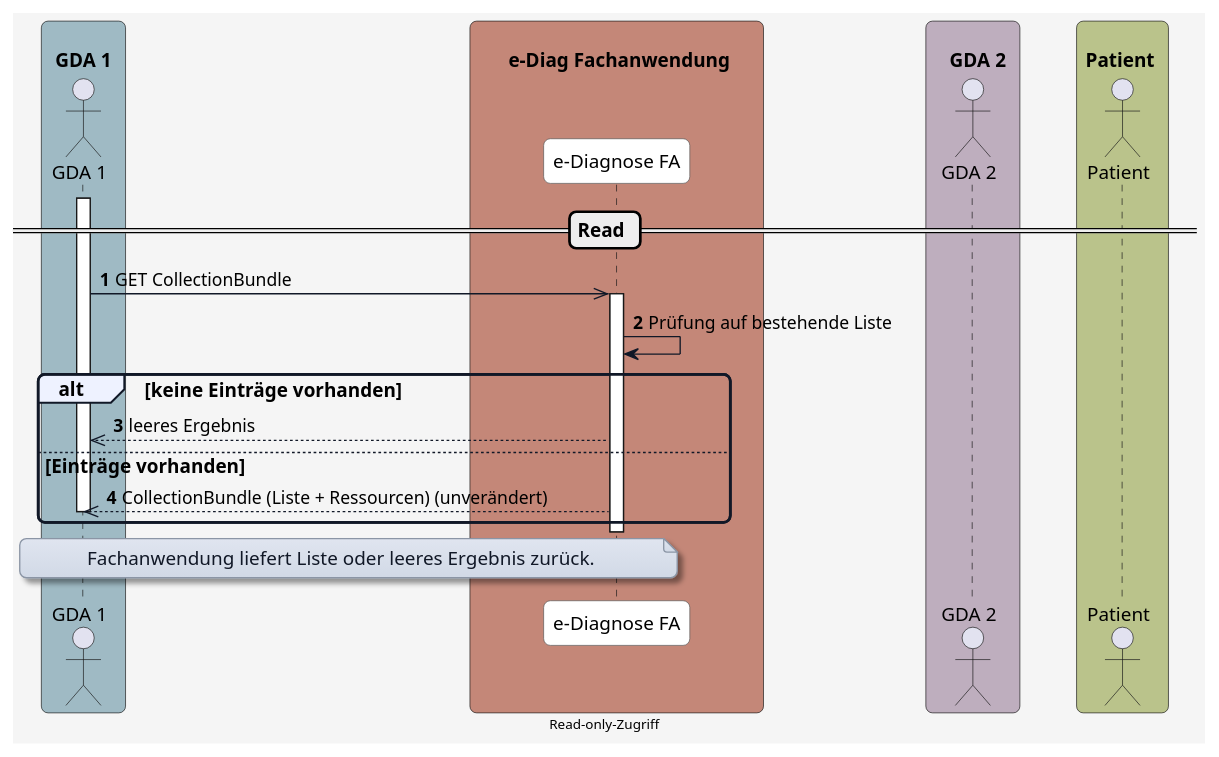
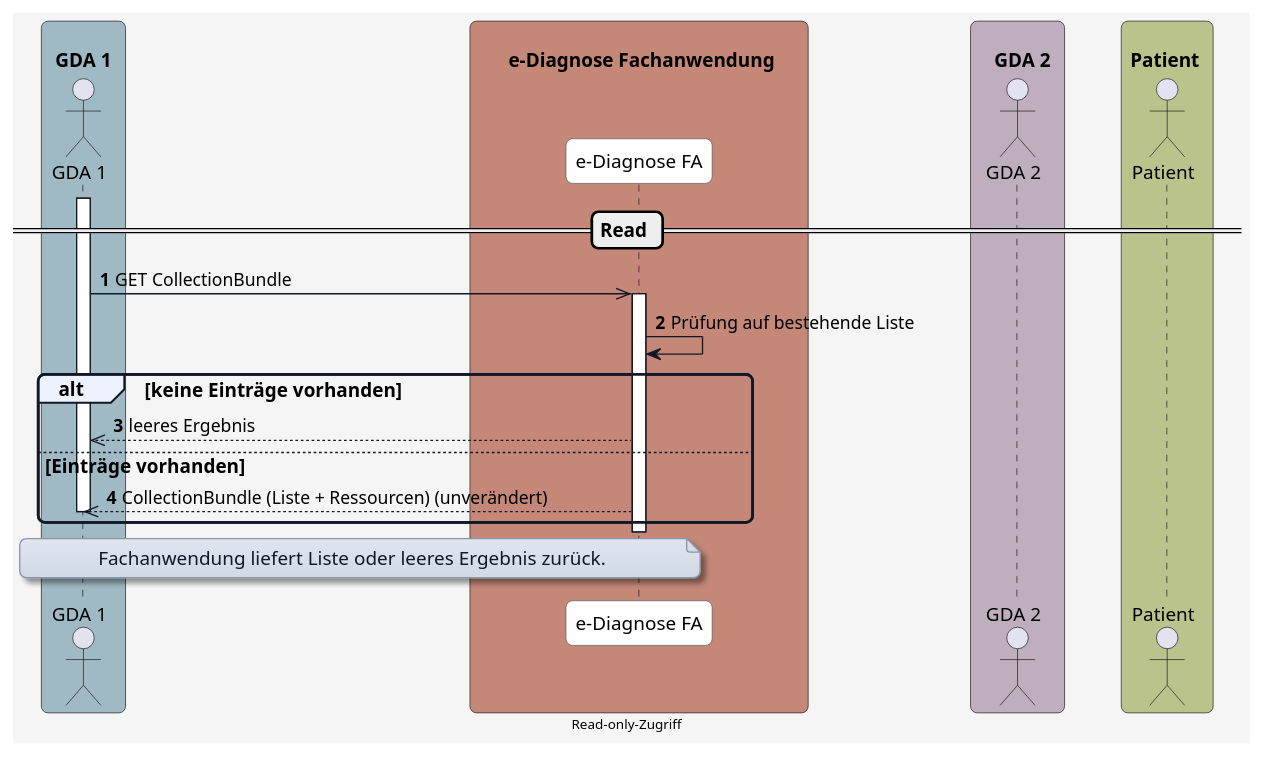
Before and after one commit to HL7Austria/ELGA-e-Diagnose-R4: the diagram in plantuml/diagram_read.plantuml, drawn with PlantUML. The commit also changed 1 other file, not shown here.

Commit message:
update rename diagram

```diff
--- a/plantuml/diagram_read.plantuml
+++ b/plantuml/diagram_read.plantuml
@@ -1,81 +1,81 @@
 @startuml
 skinparam borderColor #000000
 skinparam backgroundColor #f5f5f5
 skinparam shadowing false
 skinparam roundCorner 10
 skinparam defaultFontName "Arial"
 skinparam defaultFontSize 14
 skinparam defaultFontColor #000000
 
 skinparam note {
   BackgroundColor #e0e5f0-#d1d9e6
   BorderColor #8b95a5
   BorderThickness 1
   RoundCorner 8
   Padding 6
   FontColor #111827
   Shadowing true
 }
 
 skinparam HyperlinkColor #0000EE
 skinparam HyperlinkUnderline false
 
 skinparam sequence {
   ParticipantBorderColor #555555
   ParticipantBackgroundColor #ffffff
   ParticipantFontColor #000000
   ParticipantFontSize 14
   ParticipantPadding 20
   ArrowColor #111827
   ArrowThickness 1
   ArrowFontColor #000000
   ArrowFontSize 13
   GroupBorderColor #111827
   GroupBackgroundColor #eef2ff
   GroupBorderThickness 2
 }
 
 skinparam BoxPadding 20
 skinparam BoxBorderColor #555555
 
 box "\n  GDA 1  " #9fbac4
   actor GDA_1 as "GDA 1"
 end box
 
-box "\n       e-Diag Fachanwendung      " #C48778
+box "\n       e-Diagnose Fachanwendung      " #C48778
   participant eDiag_FA as "e-Diagnose FA"
 end box
 
 box "\n    GDA 2  " #beaebe
   actor GDA_2 as "GDA 2"
 end box
 
 box "\n Patient  " #bac38b
   actor Patient as "Patient"
 end box
 
 
 autonumber
 
 == Read ==
 activate GDA_1
 GDA_1 ->> eDiag_FA: GET CollectionBundle
 
 activate eDiag_FA
 eDiag_FA -> eDiag_FA: Prüfung auf bestehende Liste
 
 alt keine Einträge vorhanden
   eDiag_FA -->> GDA_1: leeres Ergebnis
 else Einträge vorhanden
   eDiag_FA -->> GDA_1: CollectionBundle (Liste + Ressourcen) (unverändert)
   deactivate GDA_1
 end
 deactivate eDiag_FA
 
 note over GDA_1, eDiag_FA
 Fachanwendung liefert Liste oder leeres Ergebnis zurück.
 end note
 
 center footer Read-only-Zugriff
 
 @enduml
```
